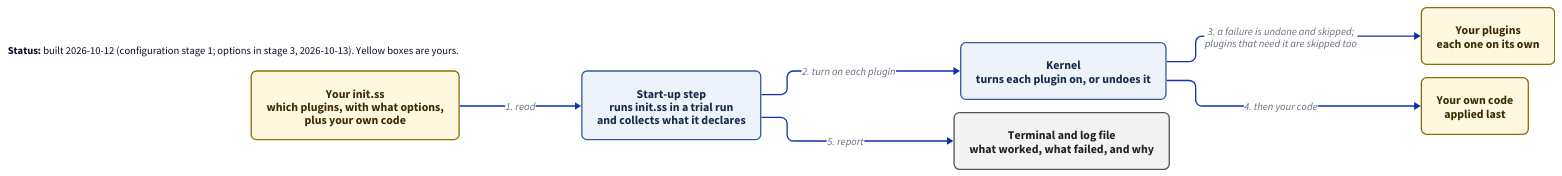
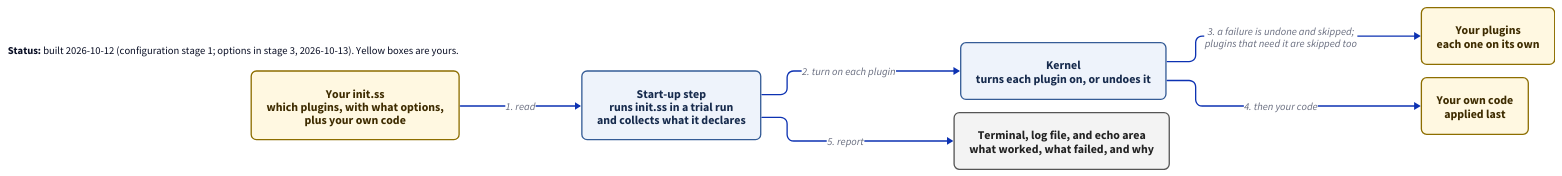
Before and after one commit to jaybonthius/tuna: the diagram in docs/diagrams/config-startup.d2, drawn with D2. The commit also changed 4 other files, not shown here.

```diff
--- a/docs/diagrams/config-startup.d2
+++ b/docs/diagrams/config-startup.d2
@@ -1,55 +1,55 @@
 # What happens when Tuna starts with your configuration?
 vars: {
   d2-config: {
     layout-engine: elk
     theme-id: 0
   }
 }
 direction: right
 
 classes: {
   yours: {
     style: {
       fill: "#fff8e1"
       stroke: "#8d6e00"
       font-color: "#3e2c00"
       border-radius: 8
       font-size: 18
     }
   }
   tuna: {
     style: {
       fill: "#eef3fb"
       stroke: "#355c96"
       font-color: "#172b4d"
       border-radius: 8
       font-size: 18
     }
   }
   out: {
     style: {
       fill: "#f3f3f3"
       stroke: "#555555"
       font-color: "#222222"
       border-radius: 8
       font-size: 18
     }
   }
 }
 
 legend: |md
   **Status:** built 2026-10-12 (configuration stage 1; options in stage 3, 2026-10-13). Yellow boxes are yours.
 |
 
 files: "Your init.ss\nwhich plugins, with what options,\nplus your own code" {class: yours}
 boot: "Start-up step\nruns init.ss in a trial run\nand collects what it declares" {class: tuna}
 kernel: "Kernel\nturns each plugin on, or undoes it" {class: tuna}
 plugins: "Your plugins\neach one on its own" {class: yours}
 init: "Your own code\napplied last" {class: yours}
-terminal: "Terminal and log file\nwhat worked, what failed, and why" {class: out}
+terminal: "Terminal, log file, and echo area\nwhat worked, what failed, and why" {class: out}
 
 files -> boot: "1. read"
 boot -> kernel: "2. turn on each plugin"
 kernel -> plugins: "3. a failure is undone and skipped;\nplugins that need it are skipped too"
 kernel -> init: "4. then your code"
 boot -> terminal: "5. report"
```
